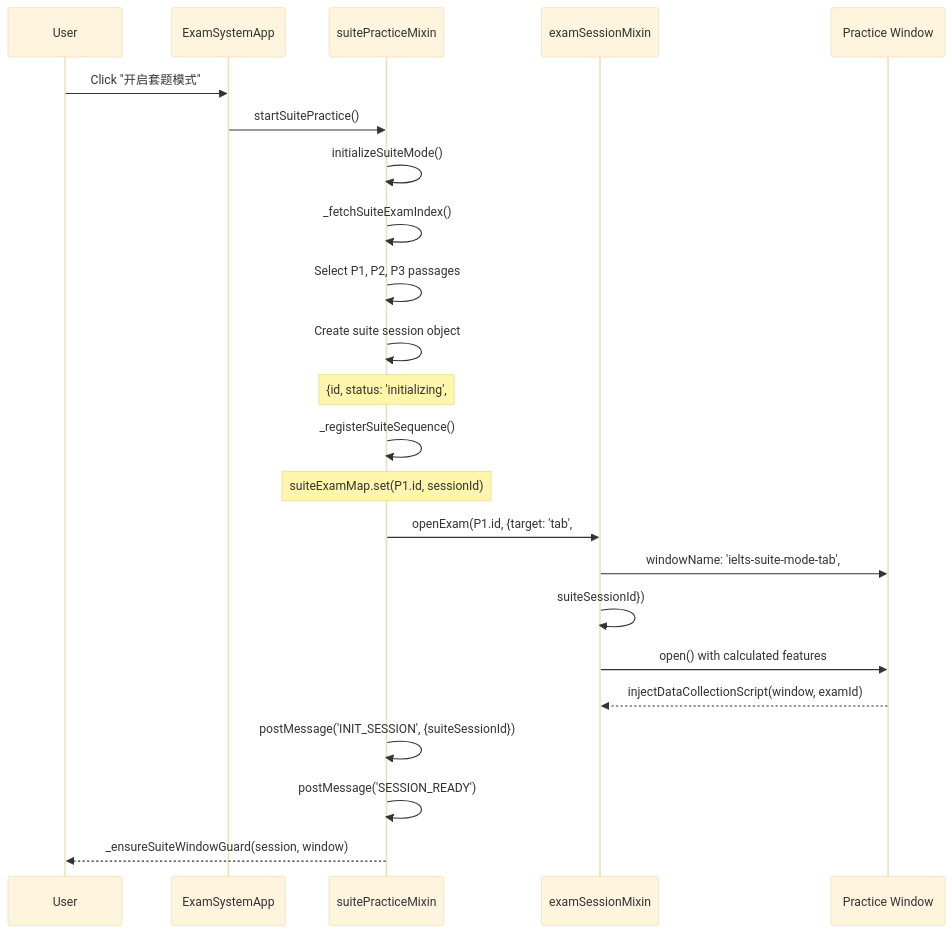
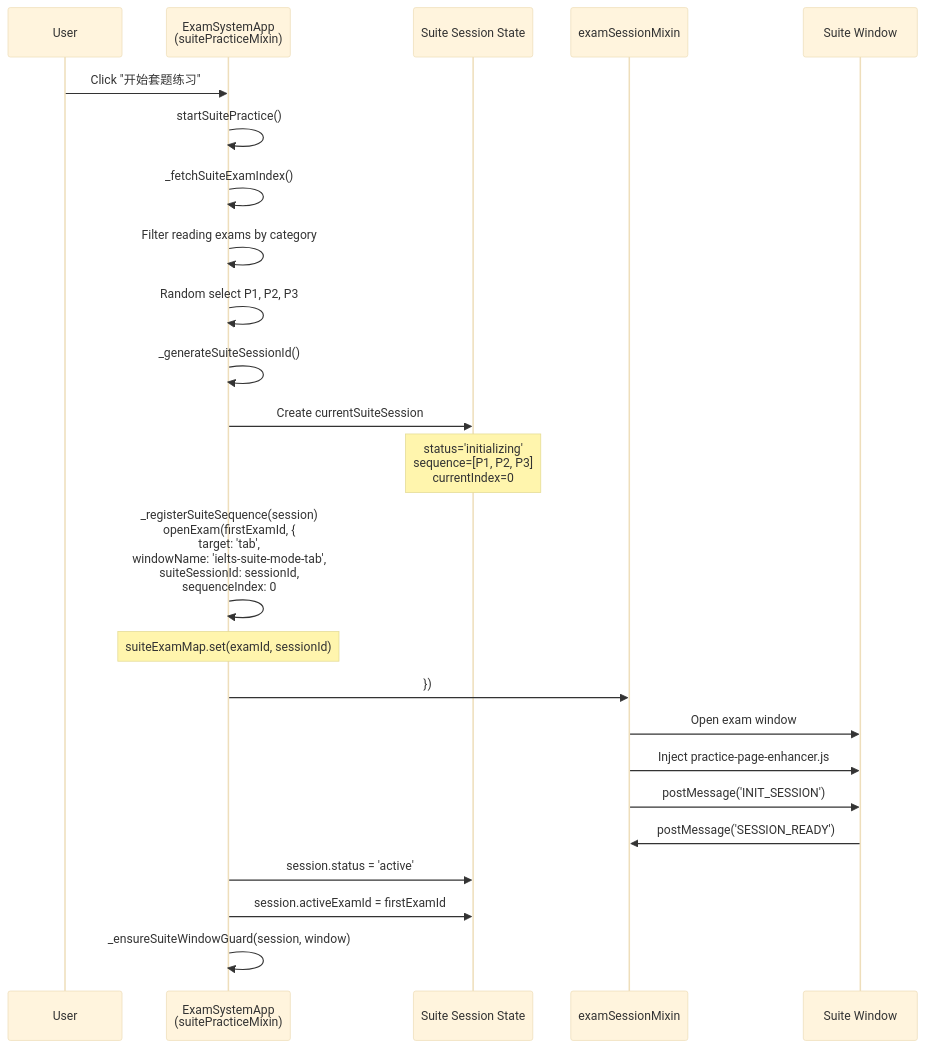
Before and after one commit to sallowayma-git/IELTS-practice: the third of 13 diagrams in developer/doc/Wiki/Suite-Practice-Mode.md, drawn with Mermaid (base theme). The commit also changed other lines of this file and 84 other files, not shown here.

````diff
--- a/developer/doc/Wiki/Suite-Practice-Mode.md
+++ b/developer/doc/Wiki/Suite-Practice-Mode.md
@@ -115,26 +188,27 @@
 ```mermaid
 sequenceDiagram
-  participant User
-  participant ExamSystemApp
-  participant suitePracticeMixin
-  participant examSessionMixin
-  participant Practice Window
+  participant p1 as User
+  participant p2 as ExamSystemApp<br/>(suitePracticeMixin)
+  participant p3 as Suite Session State
+  participant p4 as examSessionMixin
+  participant p5 as Suite Window
 
-  User->>ExamSystemApp: Click "开启套题模式"
-  ExamSystemApp->>suitePracticeMixin: startSuitePractice()
-  suitePracticeMixin->>suitePracticeMixin: initializeSuiteMode()
-  suitePracticeMixin->>suitePracticeMixin: _fetchSuiteExamIndex()
-  suitePracticeMixin->>suitePracticeMixin: Select P1, P2, P3 passages
-  suitePracticeMixin->>suitePracticeMixin: Create suite session object
-  note over suitePracticeMixin: {id, status: 'initializing',
-  suitePracticeMixin->>suitePracticeMixin: _registerSuiteSequence()
-  note over suitePracticeMixin: suiteExamMap.set(P1.id, sessionId)
-  suitePracticeMixin->>examSessionMixin: openExam(P1.id, {target: 'tab',
-  examSessionMixin->>Practice Window: windowName: 'ielts-suite-mode-tab',
-  examSessionMixin->>examSessionMixin: suiteSessionId})
-  examSessionMixin->>Practice Window: open() with calculated features
-  Practice Window-->>examSessionMixin: injectDataCollectionScript(window, examId)
-  suitePracticeMixin->>suitePracticeMixin: postMessage('INIT_SESSION', {suiteSessionId})
-  suitePracticeMixin->>suitePracticeMixin: postMessage('SESSION_READY')
-  suitePracticeMixin-->>User: _ensureSuiteWindowGuard(session, window)
+  p1->>p2: Click "开始套题练习"
+  p2->>p2: startSuitePractice()
+  p2->>p2: _fetchSuiteExamIndex()
+  p2->>p2: Filter reading exams by category
+  p2->>p2: Random select P1, P2, P3
+  p2->>p2: _generateSuiteSessionId()
+  p2->>p3: Create currentSuiteSession
+  note over p3: status='initializing'<br/>sequence=[P1, P2, P3]<br/>currentIndex=0
+  p2->>p2: _registerSuiteSequence(session)<br/>openExam(firstExamId, {<br/>target: 'tab',<br/>windowName: 'ielts-suite-mode-tab',<br/>suiteSessionId: sessionId,<br/>sequenceIndex: 0
+  note over p2: suiteExamMap.set(examId, sessionId)
+  p2->>p4: })
+  p4->>p5: Open exam window
+  p4->>p5: Inject practice-page-enhancer.js
+  p4->>p5: postMessage('INIT_SESSION')
+  p5->>p4: postMessage('SESSION_READY')
+  p2->>p3: session.status = 'active'
+  p2->>p3: session.activeExamId = firstExamId
+  p2->>p2: _ensureSuiteWindowGuard(session, window)
 ```
````
